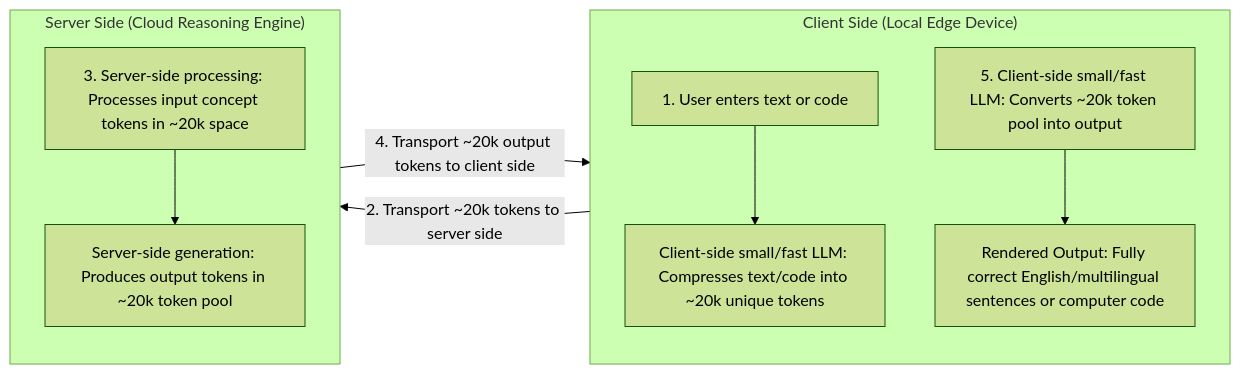
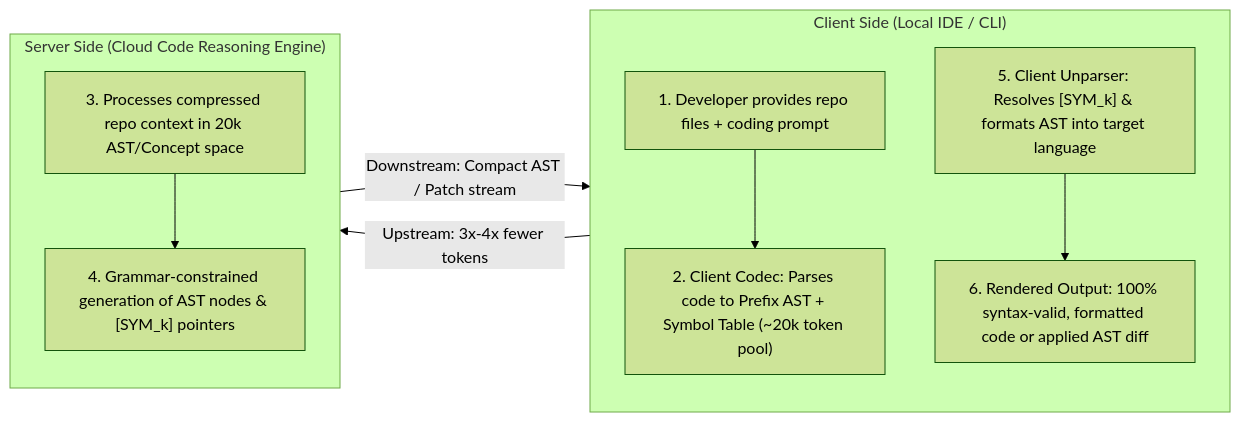
One commit to bokic/ConceptLLM changed the second of 2 diagrams in README.md. Above: the diagram before and after it, drawn with Mermaid (forest theme). The commit also changed other lines of this file, not shown here.

````diff
--- a/README.md
+++ b/README.md
@@ -60,24 +65,24 @@
 ```mermaid
 flowchart LR
-    subgraph Client ["Client Side (Local Edge Device)"]
+    subgraph Client ["Client Side (Local IDE / CLI)"]
         direction TB
-        C1["1. User enters text or code"]
-        C2["Client-side small/fast LLM: Compresses text/code into ~20k unique tokens"]
-        C3["5. Client-side small/fast LLM: Converts ~20k token pool into output"]
-        C4["Rendered Output: Fully correct English/multilingual sentences or computer code"]
+        C1["1. Developer provides repo files + coding prompt"]
+        C2["2. Client Codec: Parses code to Prefix AST + Symbol Table (~20k token pool)"]
+        C3["5. Client Unparser: Resolves [SYM_k] & formats AST into target language"]
+        C4["6. Rendered Output: 100% syntax-valid, formatted code or applied AST diff"]
 
         C1 --> C2
         C3 --> C4
     end
 
-    subgraph Server ["Server Side (Cloud Reasoning Engine)"]
+    subgraph Server ["Server Side (Cloud Code Reasoning Engine)"]
         direction TB
-        S1["3. Server-side processing: Processes input concept tokens in ~20k space"]
-        S2["Server-side generation: Produces output tokens in ~20k token pool"]
+        S1["3. Processes compressed repo context in 20k AST/Concept space"]
+        S2["4. Grammar-constrained generation of AST nodes & [SYM_k] pointers"]
 
         S1 --> S2
     end
 
-    C2 -->|"2. Transport ~20k tokens to server side"| S1
-    S2 -->|"4. Transport ~20k output tokens to client side"| C3
+    C2 -->|"Upstream: 3x-4x fewer tokens"| S1
+    S2 -->|"Downstream: Compact AST / Patch stream"| C3
 ```
````
